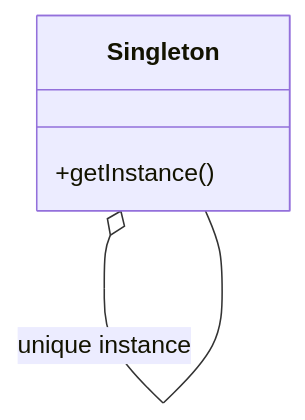
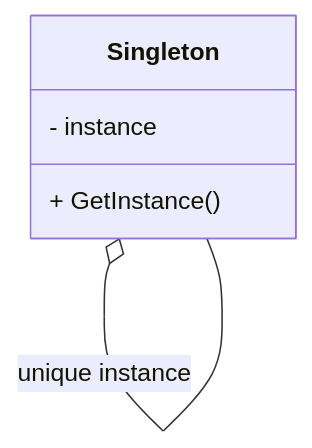
One commit to juangcarmona/design-patterns changed the diagram in src/creational/singleton/README.md. Above: the diagram before and after it, drawn with Mermaid.

Commit message:
improve Singleton Class diagram

````diff
--- a/src/creational/singleton/README.md
+++ b/src/creational/singleton/README.md
@@ -8,7 +8,8 @@
 ```mermaid
 classDiagram
     class Singleton {
-        +getInstance()
+        - instance
+        + GetInstance()
     }
     Singleton o-- Singleton : unique instance
 ```
````
